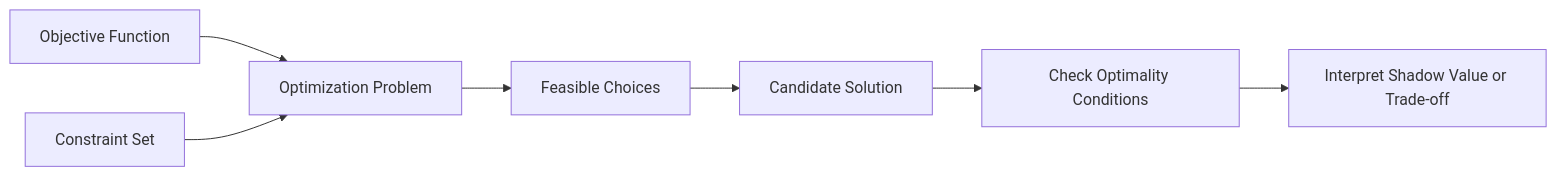
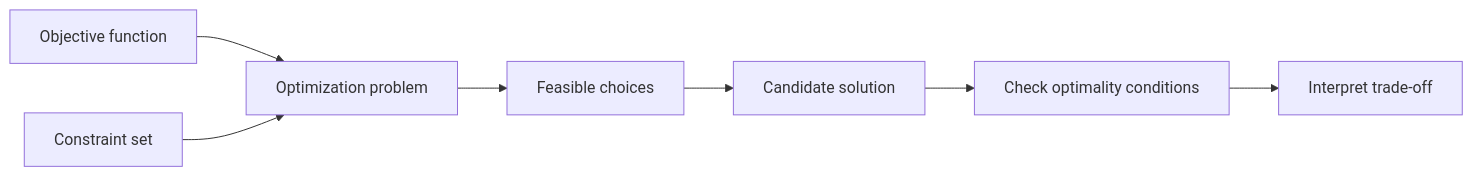
Before and after one commit to Sorenqwer/my-notes-site: the third of 4 diagrams in foundations/optimization.qmd, drawn with Mermaid. The commit also changed other lines of this file and 61 other files, not shown here.

````diff
--- a/foundations/optimization.qmd
+++ b/foundations/optimization.qmd
@@ -65,9 +310,9 @@
 ```{mermaid}
 flowchart LR
-    A[Objective Function] --> C[Optimization Problem]
-    B[Constraint Set] --> C
-    C --> D[Feasible Choices]
-    D --> E[Candidate Solution]
-    E --> F[Check Optimality Conditions]
-    F --> G[Interpret Shadow Value or Trade-off]
+    A[Objective function] --> C[Optimization problem]
+    B[Constraint set] --> C
+    C --> D[Feasible choices]
+    D --> E[Candidate solution]
+    E --> F[Check optimality conditions]
+    F --> G[Interpret trade-off]
 ```
````
